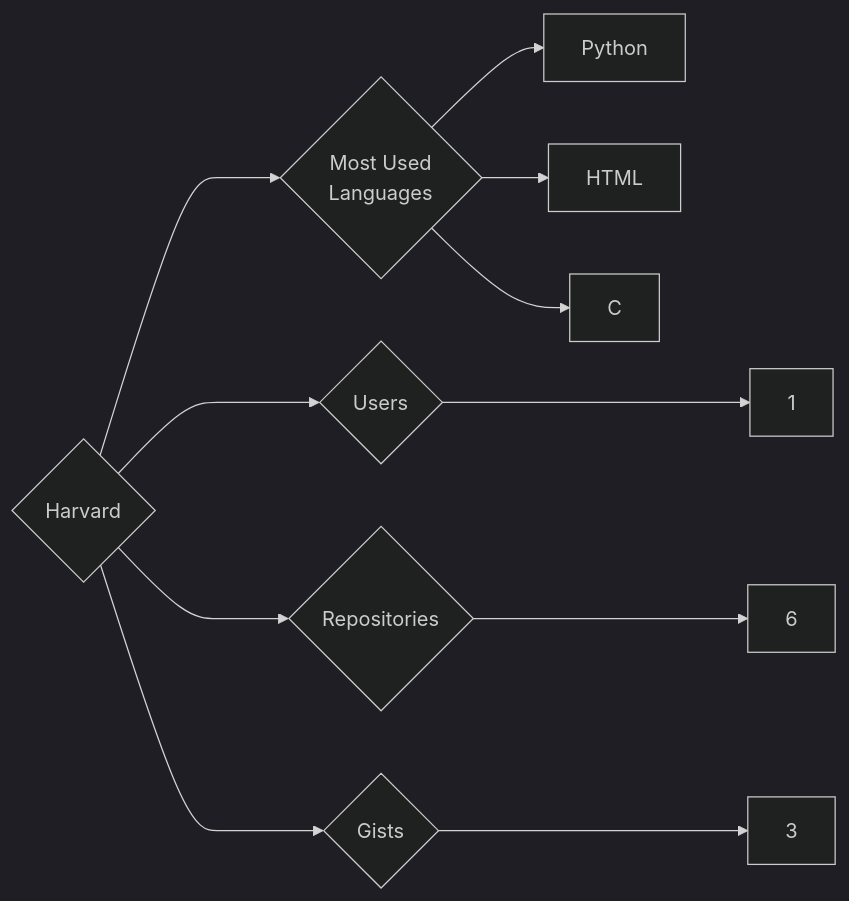
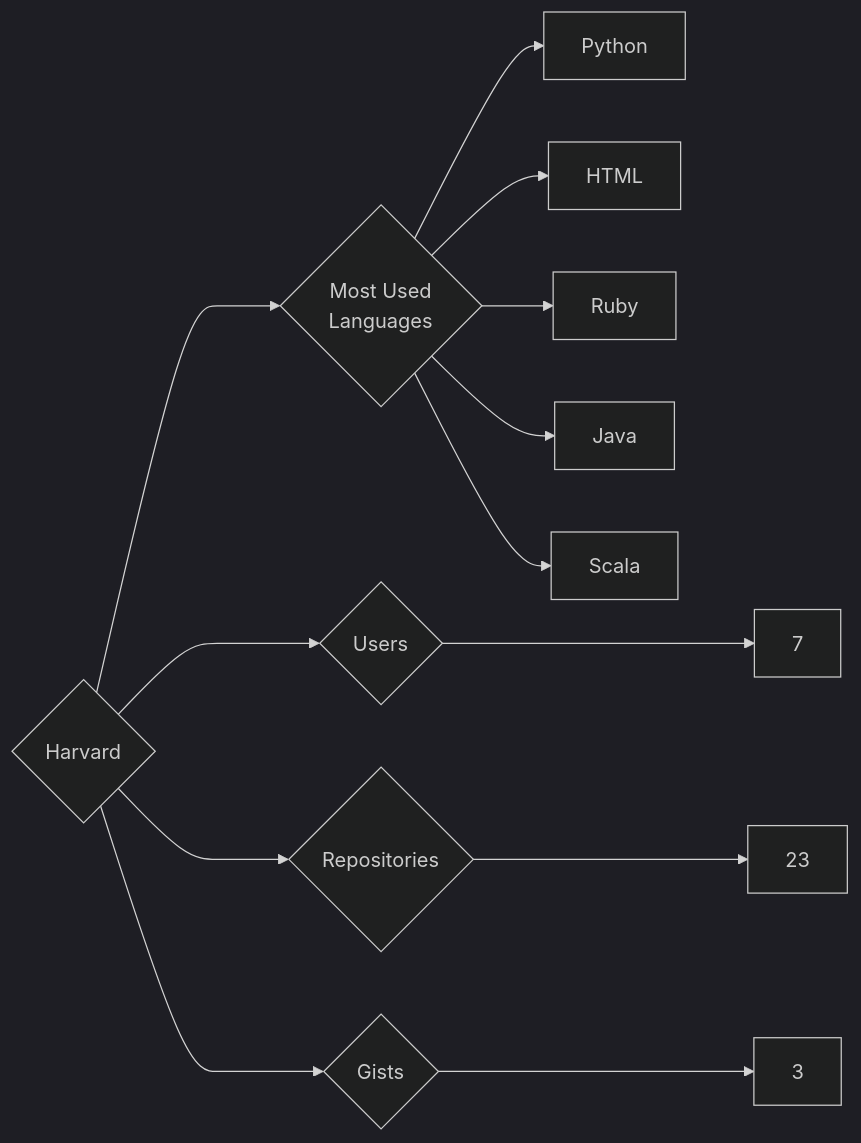
The diagram in targets/Harvard/README.md (trickest/insiders), drawn with Mermaid (dark theme) before and after one commit. The commit also changed 891 other files, not shown here.

````diff
--- a/targets/Harvard/README.md
+++ b/targets/Harvard/README.md
@@ -3,11 +3,13 @@
 ```mermaid
 graph LR
 COMPANY_NAME{Harvard}
-COMPANY_NAME ---> U{Users} ---> UN[1]
-COMPANY_NAME ---> R{Repositories} ---> RN[6]
+COMPANY_NAME ---> U{Users} ---> UN[7]
+COMPANY_NAME ---> R{Repositories} ---> RN[23]
 COMPANY_NAME ---> G{Gists} ---> GN[3]
 COMPANY_NAME ---> ML{Most Used<br>Languages}
 ML --> Python[Python]
 ML --> HTML[HTML]
-ML --> C[C]
+ML --> Ruby[Ruby]
+ML --> Java[Java]
+ML --> Scala[Scala]
 ```
````
